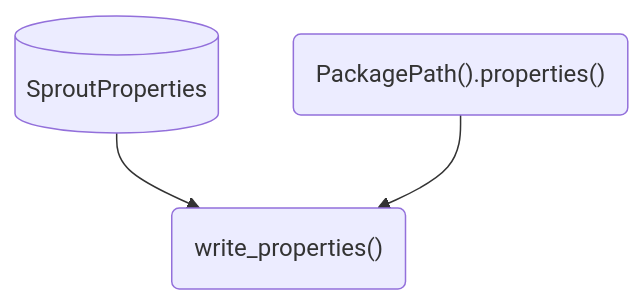
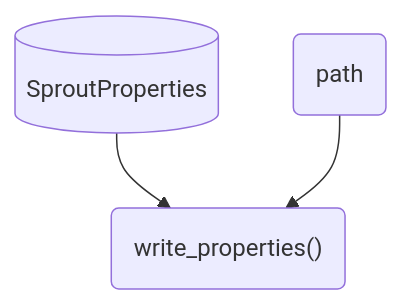
Before and after one commit to seedcase-project/seedcase-sprout: the first of 4 diagrams in docs/design/interface/flows.qmd, drawn with Mermaid. The commit also changed other lines of this file and 3 other files, not shown here.

````diff
--- a/docs/design/interface/flows.qmd
+++ b/docs/design/interface/flows.qmd
@@ -39,13 +39,13 @@
 ```{mermaid}
 %%| label: fig-flow-new-package
 %%| fig-cap: "Diagram showing the flow of objects and functions to create a new package."
 %%| fig-alt: "A flow diagram showing the steps to making a new package."
 
 flowchart
     properties[(SproutProperties)]
-    path_properties("PackagePath().properties()")
+    path("path")
     write_properties("write_properties()")
 
     properties --> write_properties
-    path_properties --> write_properties
+    path --> write_properties
 ```
````
